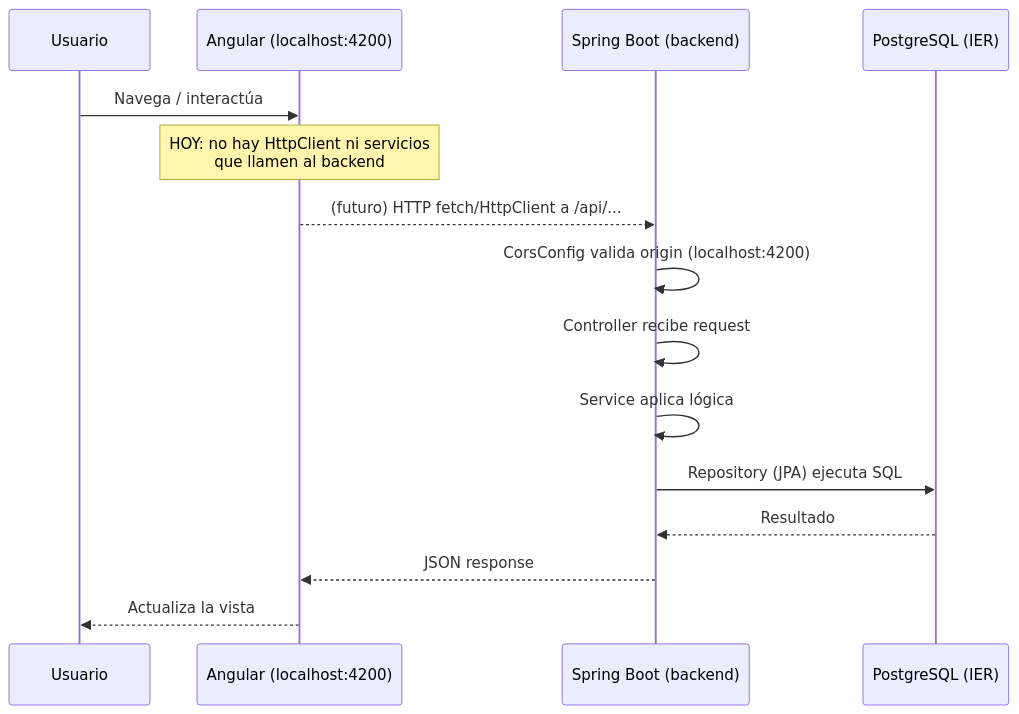
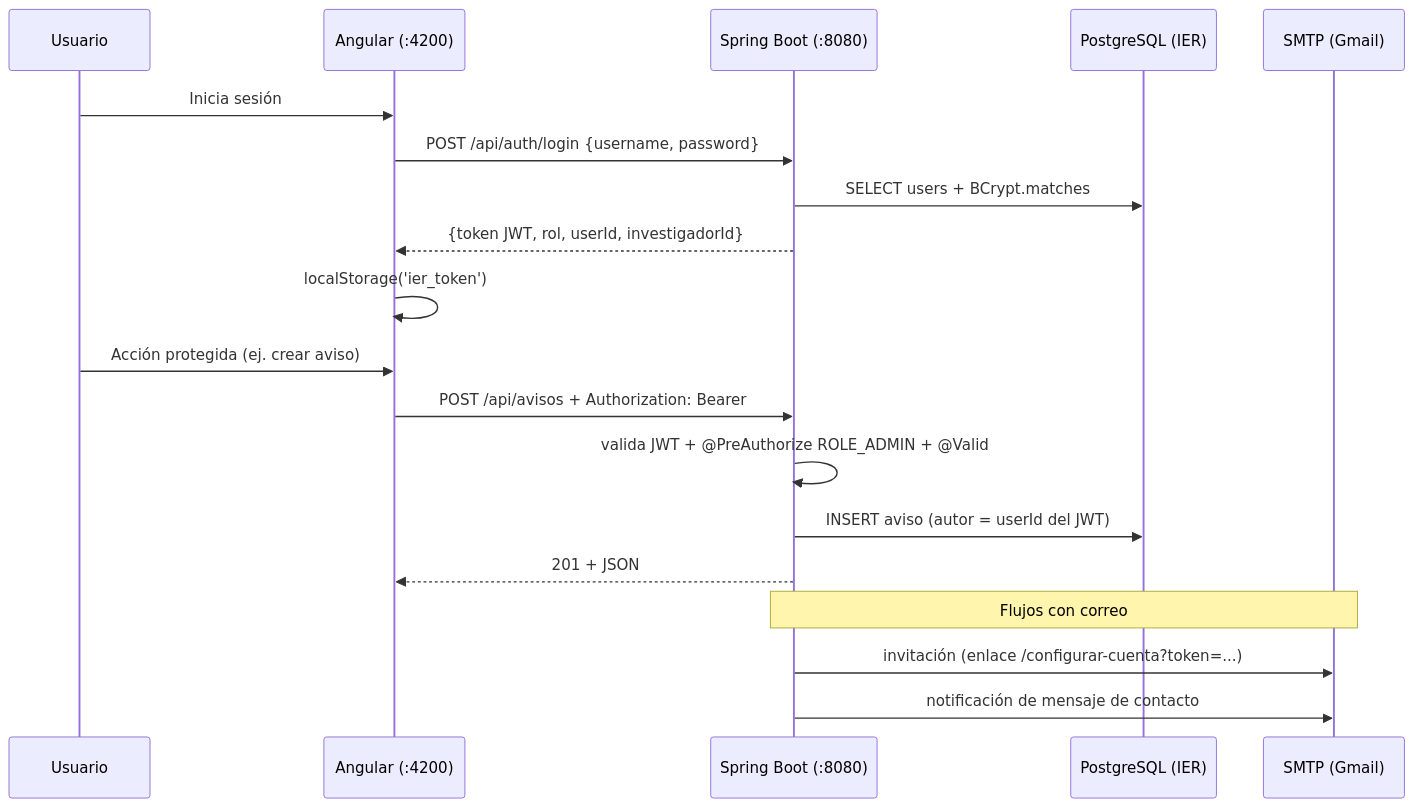
One commit to jazmindt29/back-end-IER changed the first of 2 diagrams in PROJECT_CONTEXT.md. Above: the diagram before and after it, drawn with Mermaid. The commit also changed other lines of this file and 97 other files, not shown here.

````diff
--- a/PROJECT_CONTEXT.md
+++ b/PROJECT_CONTEXT.md
@@ -213,18 +162,24 @@
 ```mermaid
 sequenceDiagram
     participant U as Usuario
-    participant F as Angular (localhost:4200)
-    participant B as Spring Boot (backend)
+    participant F as Angular (:4200)
+    participant B as Spring Boot (:8080)
     participant D as PostgreSQL (IER)
+    participant M as SMTP (Gmail)
 
-    U->>F: Navega / interactúa
-    Note over F: HOY: no hay HttpClient ni servicios<br/>que llamen al backend
-    F-->>B: (futuro) HTTP fetch/HttpClient a /api/...
-    B->>B: CorsConfig valida origin (localhost:4200)
-    B->>B: Controller recibe request
-    B->>B: Service aplica lógica
-    B->>D: Repository (JPA) ejecuta SQL
-    D-->>B: Resultado
-    B-->>F: JSON response
-    F-->>U: Actualiza la vista
+    U->>F: Inicia sesión
+    F->>B: POST /api/auth/login {username, password}
+    B->>D: SELECT users + BCrypt.matches
+    B-->>F: {token JWT, rol, userId, investigadorId}
+    F->>F: localStorage('ier_token')
+
+    U->>F: Acción protegida (ej. crear aviso)
+    F->>B: POST /api/avisos + Authorization: Bearer
+    B->>B: valida JWT + @PreAuthorize ROLE_ADMIN + @Valid
+    B->>D: INSERT aviso (autor = userId del JWT)
+    B-->>F: 201 + JSON
+
+    Note over B,M: Flujos con correo
+    B->>M: invitación (enlace /configurar-cuenta?token=...)
+    B->>M: notificación de mensaje de contacto
 ```
````
